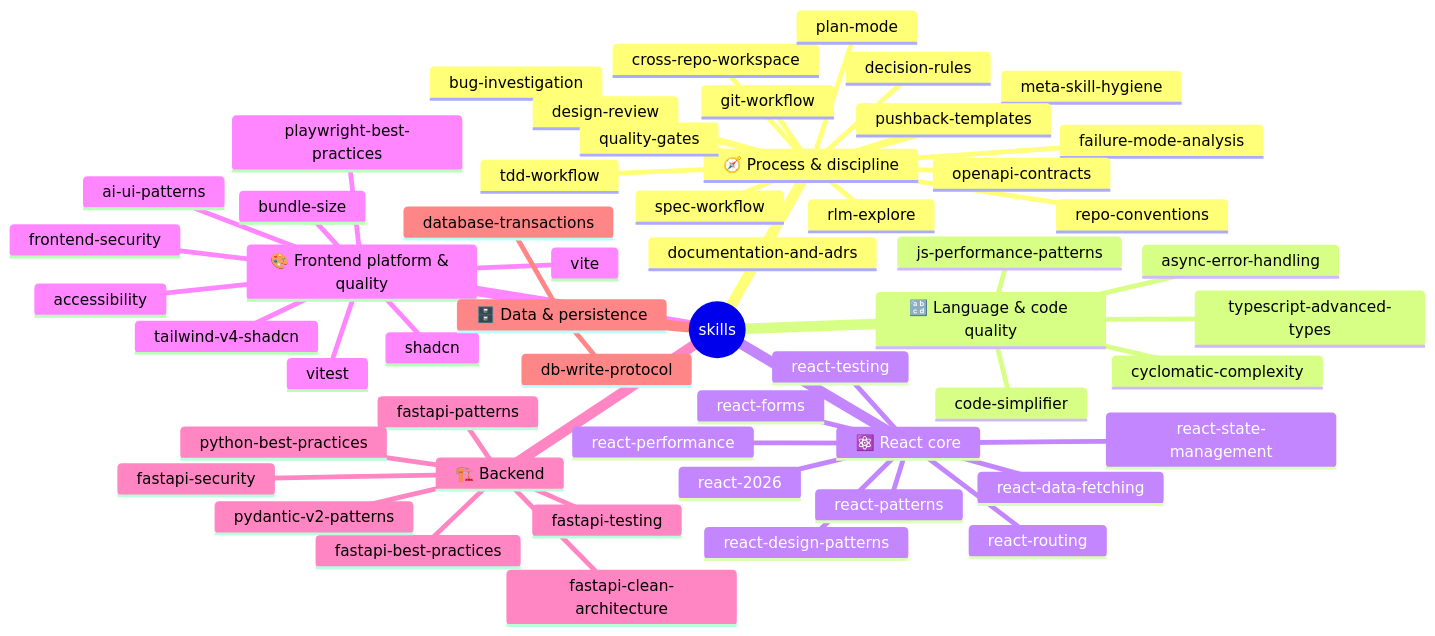
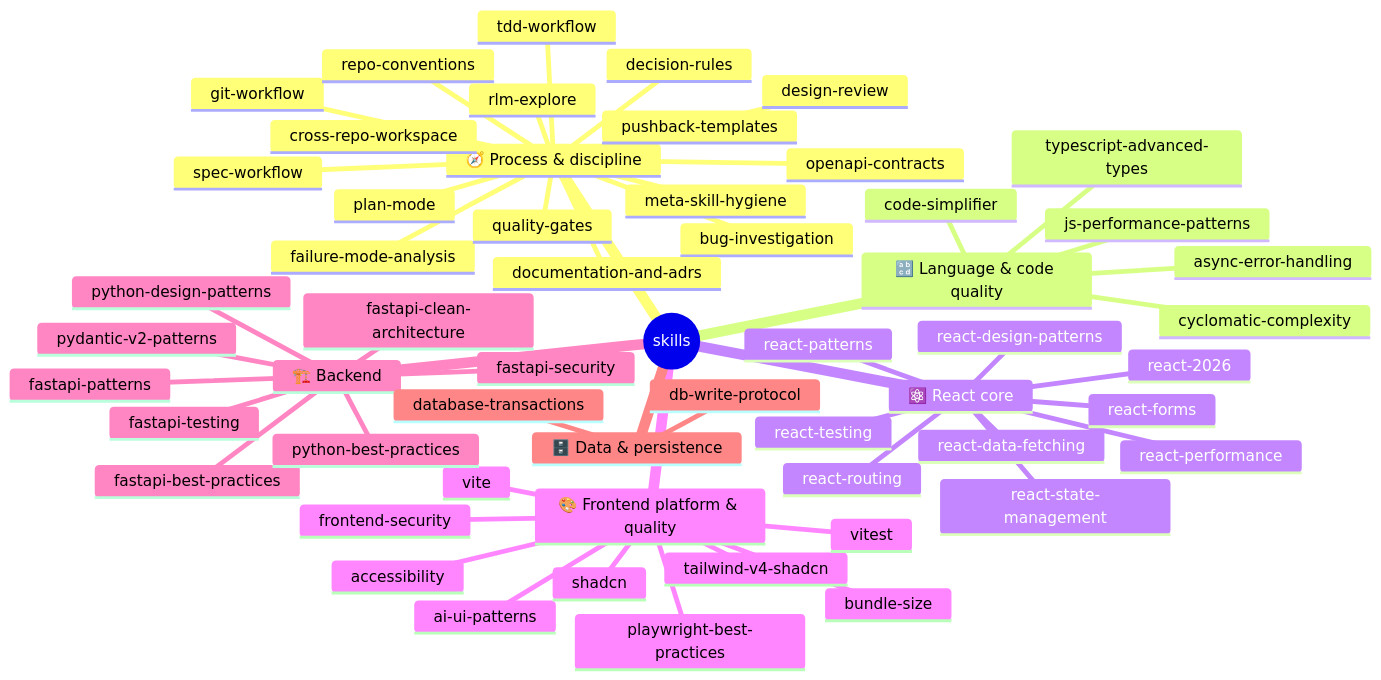
The diagram in template/.ruler/skills/README.md (TierOne-Studio/llm-harness-fastapi-react), drawn with Mermaid before and after one commit. The commit also changed other lines of this file and 3 other files, not shown here.

First line of the commit message:
feat(skills): add python-design-patterns skill

````diff
--- a/template/.ruler/skills/README.md
+++ b/template/.ruler/skills/README.md
@@ -12,58 +12,59 @@
 ```mermaid
 mindmap
   root((skills))
     🧭 Process & discipline
       bug-investigation
       cross-repo-workspace
       decision-rules
       design-review
       documentation-and-adrs
       failure-mode-analysis
       git-workflow
       meta-skill-hygiene
       openapi-contracts
       plan-mode
       pushback-templates
       quality-gates
       repo-conventions
       rlm-explore
       spec-workflow
       tdd-workflow
     🔡 Language & code quality
       async-error-handling
       code-simplifier
       cyclomatic-complexity
       js-performance-patterns
       typescript-advanced-types
     ⚛️ React core
       react-2026
       react-data-fetching
       react-design-patterns
       react-forms
       react-patterns
       react-performance
       react-routing
       react-state-management
       react-testing
     🎨 Frontend platform & quality
       accessibility
       ai-ui-patterns
       bundle-size
       frontend-security
       playwright-best-practices
       shadcn
       tailwind-v4-shadcn
       vite
       vitest
     🏗️ Backend
       fastapi-best-practices
       fastapi-clean-architecture
       fastapi-patterns
       fastapi-security
       fastapi-testing
       pydantic-v2-patterns
       python-best-practices
+      python-design-patterns
     🗄️ Data & persistence
       database-transactions
       db-write-protocol
 ```
````
